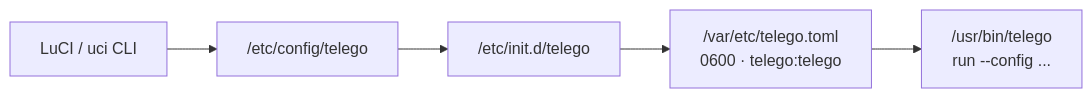
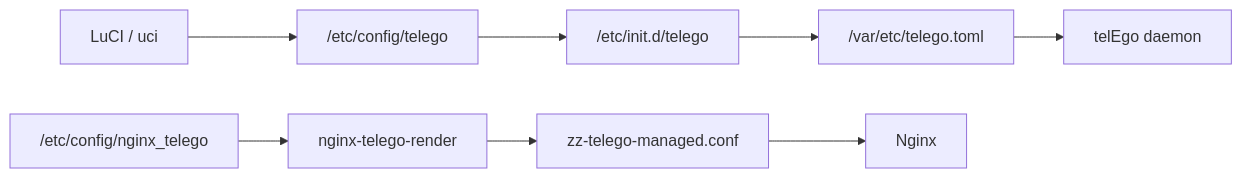
One commit to Ra1nek/telEgo-openwrt changed the diagram in docs/CONFIGURATION_EN.md. Above: the diagram before and after it, drawn with Mermaid. The commit also changed other lines of this file and 26 other files, not shown here.

````diff
--- a/docs/CONFIGURATION_EN.md
+++ b/docs/CONFIGURATION_EN.md
@@ -22,7 +31,11 @@
 ```mermaid
 flowchart LR
-    A["LuCI / uci CLI"] --> U["/etc/config/telego"]
+    L["LuCI / uci"] --> U["/etc/config/telego"]
     U --> I["/etc/init.d/telego"]
-    I --> T["/var/etc/telego.toml<br/>0600 · telego:telego"]
-    T --> D["/usr/bin/telego<br/>run --config ..."]
+    I --> T["/var/etc/telego.toml"]
+    T --> D["telEgo daemon"]
+
+    NU["/etc/config/nginx_telego"] --> NR["nginx-telego-render"]
+    NR --> NC["zz-telego-managed.conf"]
+    NC --> N["Nginx"]
 ```
````
